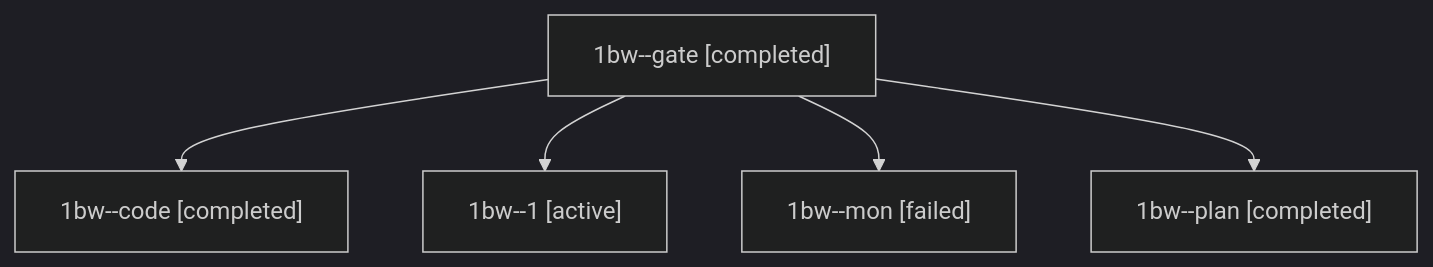
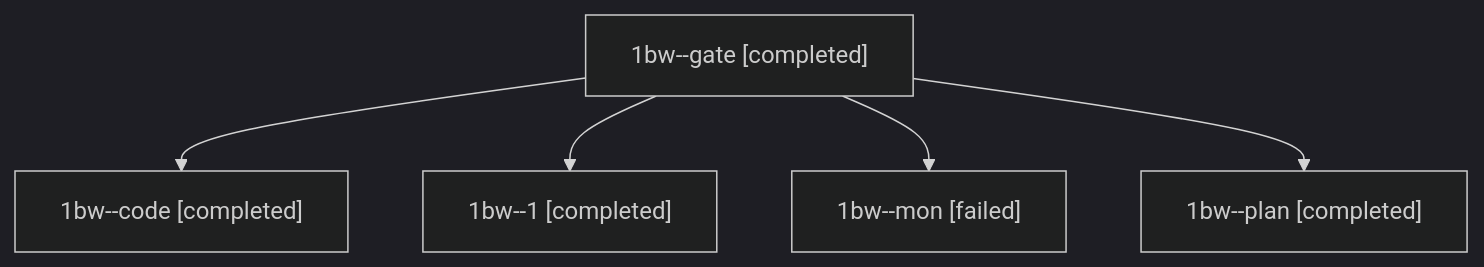
One commit to bobs-org/bob-cli--agents changed the diagram in sessions/bbugyi200.athena.1bw.md. Above: the diagram before and after it, drawn with Mermaid (dark theme). The commit also changed other lines of this file and 27 other files, not shown here.

````diff
--- a/sessions/bbugyi200.athena.1bw.md
+++ b/sessions/bbugyi200.athena.1bw.md
@@ -9,12 +9,12 @@
 ```mermaid
 flowchart TD
   n0["1bw--gate [completed]"]
   n1["1bw--code [completed]"]
   n0 --> n1
-  n2["1bw--1 [active]"]
+  n2["1bw--1 [completed]"]
   n0 --> n2
   n3["1bw--mon [failed]"]
   n0 --> n3
   n4["1bw--plan [completed]"]
   n0 --> n4
 ```
````
